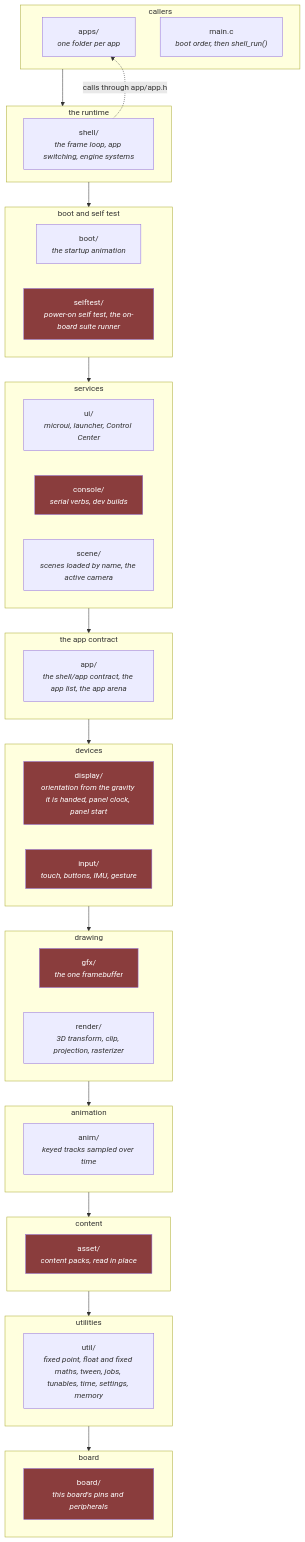
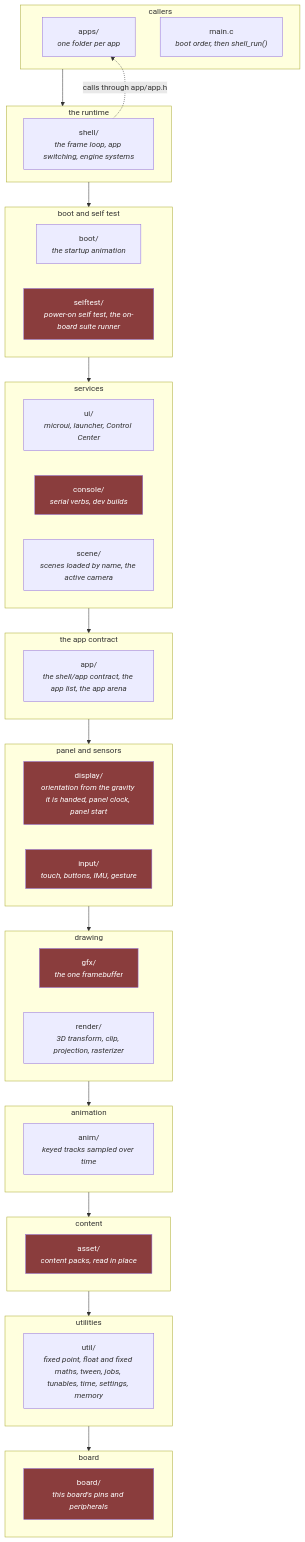
The first of 4 diagrams in docs/Firmware-Architecture.md (jose-villegas/autana), drawn with Mermaid before and after one commit. The commit also changed other lines of this file and 4 other files, not shown here.

````diff
--- a/docs/Firmware-Architecture.md
+++ b/docs/Firmware-Architecture.md
@@ -47,47 +47,47 @@
 ```mermaid
 flowchart TB
     classDef hw fill:#8a3d3d,color:#fff
 
     subgraph R1["callers"]
         Apps["apps/<br/><i>one folder per app</i>"]
         Main["main.c<br/><i>boot order, then shell_run()</i>"]
     end
     subgraph R2["the runtime"]
         Shell["shell/<br/><i>the frame loop, app switching, engine systems</i>"]
     end
     subgraph R3["boot and self test"]
         Boot["boot/<br/><i>the startup animation</i>"]
         Selftest["selftest/<br/><i>power-on self test, the on-board suite runner</i>"]:::hw
     end
     subgraph R4["services"]
         Ui["ui/<br/><i>microui, launcher, Control Center</i>"]
         Console["console/<br/><i>serial verbs, dev builds</i>"]:::hw
         Scene["scene/<br/><i>scenes loaded by name, the active camera</i>"]
     end
     subgraph R5["the app contract"]
         App["app/<br/><i>the shell/app contract, the app list, the app arena</i>"]
     end
-    subgraph R6["devices"]
+    subgraph R6["panel and sensors"]
         Display["display/<br/><i>orientation from the gravity it is handed, panel clock, panel start</i>"]:::hw
         Input["input/<br/><i>touch, buttons, IMU, gesture</i>"]:::hw
     end
     subgraph R7["drawing"]
         Gfx["gfx/<br/><i>the one framebuffer</i>"]:::hw
         Render["render/<br/><i>3D transform, clip, projection, rasterizer</i>"]
     end
     subgraph R8["animation"]
         Anim["anim/<br/><i>keyed tracks sampled over time</i>"]
     end
     subgraph R9["content"]
         Asset["asset/<br/><i>content packs, read in place</i>"]:::hw
     end
     subgraph R10["utilities"]
         Util["util/<br/><i>fixed point, float and fixed maths, tween, jobs, tunables, time, settings, memory</i>"]
     end
     subgraph R11["board"]
         Board["board/<br/><i>this board's pins and peripherals</i>"]:::hw
     end
 
     R1 --> R2 --> R3 --> R4 --> R5 --> R6 --> R7 --> R8 --> R9 --> R10 --> R11
     Shell -.->|"calls through app/app.h"| Apps
 ```
````
